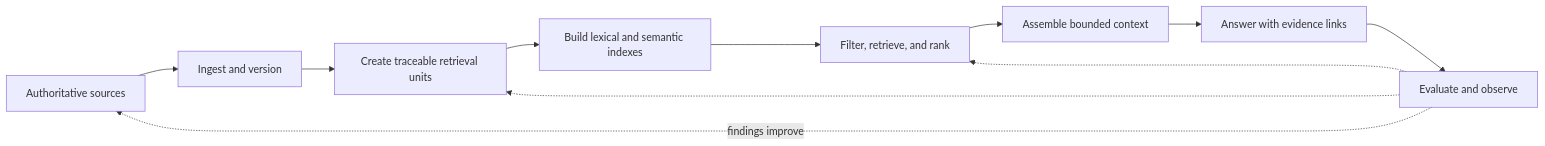
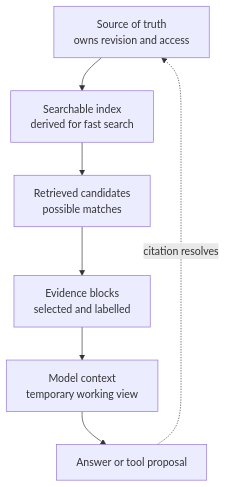
One commit to senlinyy/dev-roadmaps changed the second of 9 diagrams in roadmaps/mlops/modules/llmops/context-engineering/02-retrieval-and-knowledge.md. Above: the diagram before and after it, drawn with Mermaid. The commit also changed other lines of this file and 198 other files, not shown here.

````diff
--- a/roadmaps/mlops/modules/llmops/context-engineering/02-retrieval-and-knowledge.md
+++ b/roadmaps/mlops/modules/llmops/context-engineering/02-retrieval-and-knowledge.md
@@ -24,13 +104,11 @@
 ```mermaid
-flowchart LR
-    S["Authoritative sources"] --> I["Ingest and version"]
-    I --> U["Create traceable retrieval units"]
-    U --> X["Build lexical and semantic indexes"]
-    X --> Q["Filter, retrieve, and rank"]
-    Q --> C["Assemble bounded context"]
-    C --> A["Answer with evidence links"]
-    A --> E["Evaluate and observe"]
-    E -. "findings improve" .-> S
-    E -.-> U
-    E -.-> Q
+flowchart TD
+    S["Source of truth<br/>owns revision and access"]
+    S --> I["Searchable index<br/>derived for fast search"]
+    I --> C["Retrieved candidates<br/>possible matches"]
+    C --> E["Evidence blocks<br/>selected and labelled"]
+    E --> M["Model context<br/>temporary working view"]
+    M --> A["Answer or tool proposal"]
+
+    A -. "citation resolves" .-> S
 ```
````
